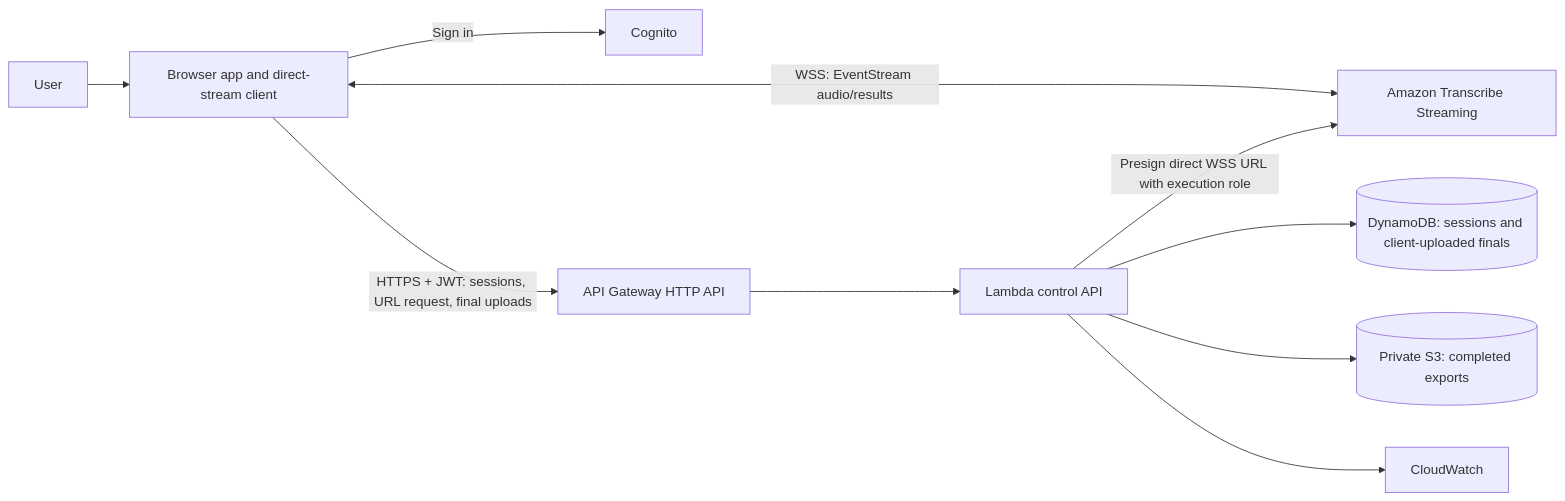
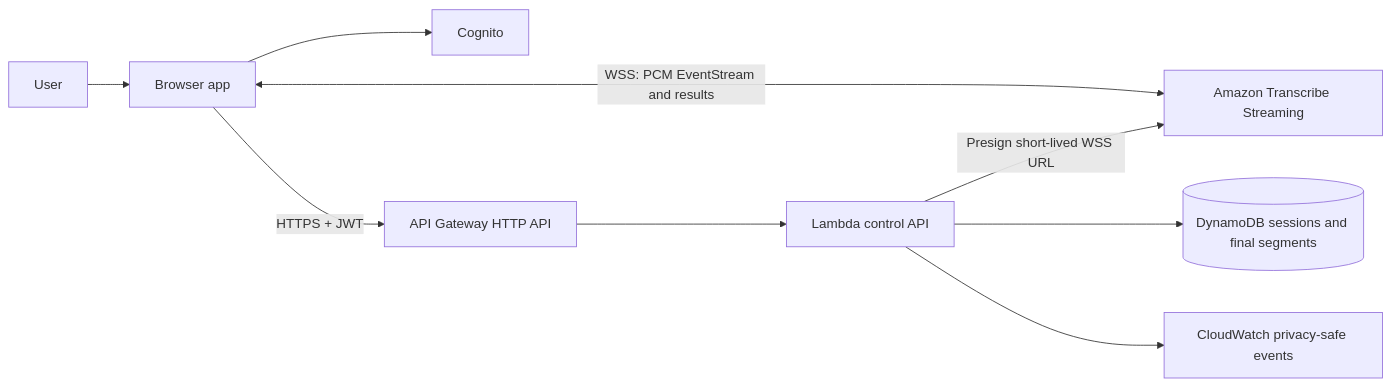
Before and after one commit to rbubeck/MSML650-Term-Project: the diagram in ARCHITECTURE.md, drawn with Mermaid. The commit also changed other lines of this file and 25 other files, not shown here.

Commit message:
refined the option-A instructions and architecture

````diff
--- a/ARCHITECTURE.md
+++ b/ARCHITECTURE.md
@@ -9,12 +7,11 @@
 ```mermaid
 flowchart LR
-  U[User] --> B[Browser app and direct-stream client]
-  B -->|Sign in| C[Cognito]
-  B <-->|WSS: EventStream audio/results| T[Amazon Transcribe Streaming]
-  B -->|HTTPS + JWT: sessions, URL request, final uploads| G[API Gateway HTTP API]
+  U[User] --> B[Browser app]
+  B --> C[Cognito]
+  B <-->|WSS: PCM EventStream and results| T[Amazon Transcribe Streaming]
+  B -->|HTTPS + JWT| G[API Gateway HTTP API]
   G --> L[Lambda control API]
-  L --> D[(DynamoDB: sessions and client-uploaded finals)]
-  L --> S[(Private S3: completed exports)]
-  L -->|Presign direct WSS URL with execution role| T
-  L --> W[CloudWatch]
+  L --> D[(DynamoDB sessions and final segments)]
+  L -->|Presign short-lived WSS URL| T
+  L --> W[CloudWatch privacy-safe events]
 ```
````
